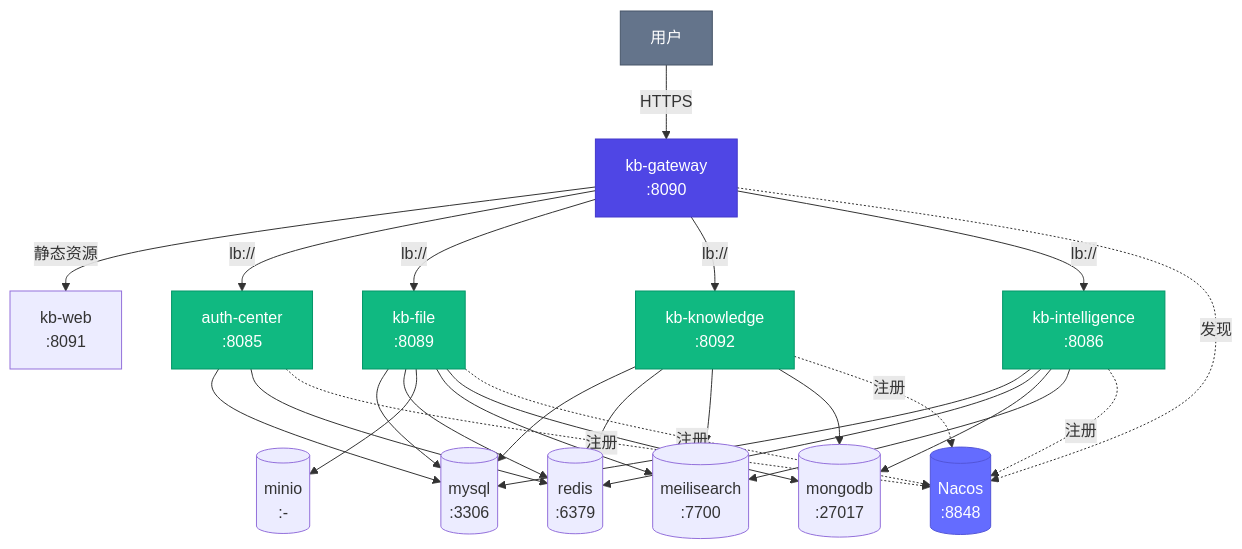
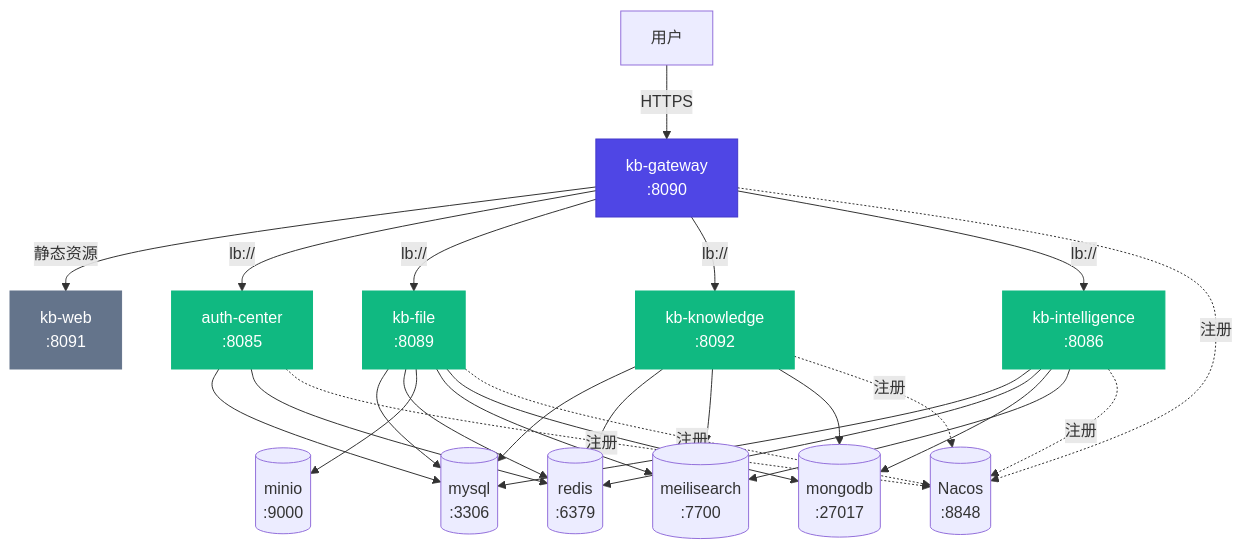
The diagram in mykng/docs/generated/架构图.mmd (jonesAriven/devtools), drawn with Mermaid before and after one commit. The commit also changed other lines of this file and 24 other files, not shown here.

```diff
--- a/mykng/docs/generated/架构图.mmd
+++ b/mykng/docs/generated/架构图.mmd
@@ -1,51 +1,51 @@
 graph TD
 
     %% ===== 入口层 =====
-    KbWeb[kb-web<br/>:8091]
-    User[用户] -->|HTTPS| Gateway[kb-gateway<br/>:8090]
-    Gateway -->|静态资源| KbWeb
+    User[用户] -->|HTTPS| kbgateway[kb-gateway<br/>:8090]
+    kbgateway -->|静态资源| kbweb[kb-web<br/>:8091]
 
-    %% ===== 期望探针集（nacos-registered: true）=====
-    Gateway -->|lb://| AuthCenter[auth-center<br/>:8085]
-    Gateway -->|lb://| KbFile[kb-file<br/>:8089]
-    Gateway -->|lb://| KbKnowledge[kb-knowledge<br/>:8092]
-    Gateway -->|lb://| KbIntelligence[kb-intelligence<br/>:8086]
+    %% ===== 网关路由（lb://）=====
+    kbgateway -->|lb://| authcenter[auth-center<br/>:8085]
+    kbgateway -->|lb://| kbfile[kb-file<br/>:8089]
+    kbgateway -->|lb://| kbknowledge[kb-knowledge<br/>:8092]
+    kbgateway -->|lb://| kbintelligence[kb-intelligence<br/>:8086]
 
-    Mysql[(mysql<br/>:3306)]
-    Redis[(redis<br/>:6379)]
-    Minio[(minio<br/>:-)]
-    Meilisearch[(meilisearch<br/>:7700)]
-    Mongodb[(mongodb<br/>:27017)]
+    %% ===== 基础设施 =====
+    mysql[(mysql<br/>:3306)]
+    redis[(redis<br/>:6379)]
+    minio[(minio<br/>:9000)]
+    meilisearch[(meilisearch<br/>:7700)]
+    mongodb[(mongodb<br/>:27017)]
 
-    AuthCenter --> Mysql
-    AuthCenter --> Redis
-    KbFile --> Mysql
-    KbFile --> Redis
-    KbFile --> Minio
-    KbFile --> Meilisearch
-    KbFile --> Mongodb
-    KbKnowledge --> Mysql
-    KbKnowledge --> Redis
-    KbKnowledge --> Meilisearch
-    KbKnowledge --> Mongodb
-    KbIntelligence --> Mysql
-    KbIntelligence --> Redis
-    KbIntelligence --> Mongodb
-    KbIntelligence --> Meilisearch
+    %% ===== 模块依赖基础设施 =====
+    authcenter --> mysql
+    authcenter --> redis
+    kbfile --> mysql
+    kbfile --> redis
+    kbfile --> minio
+    kbfile --> meilisearch
+    kbfile --> mongodb
+    kbknowledge --> mysql
+    kbknowledge --> redis
+    kbknowledge --> meilisearch
+    kbknowledge --> mongodb
+    kbintelligence --> mysql
+    kbintelligence --> redis
+    kbintelligence --> mongodb
+    kbintelligence --> meilisearch
 
     %% ===== 服务发现 =====
     Nacos[(Nacos<br/>:8848)]
-    AuthCenter -.注册.-> Nacos
-    KbFile -.注册.-> Nacos
-    KbKnowledge -.注册.-> Nacos
-    KbIntelligence -.注册.-> Nacos
-    Gateway -.发现.-> Nacos
+    kbgateway -.注册.-> Nacos
+    authcenter -.注册.-> Nacos
+    kbfile -.注册.-> Nacos
+    kbknowledge -.注册.-> Nacos
+    kbintelligence -.注册.-> Nacos
 
     %% ===== 样式 =====
-    style Gateway fill:#4f46e5,color:#fff,stroke:#4338ca
-    style User fill:#64748b,color:#fff,stroke:#475569
-    style Nacos fill:#646cff,color:#fff,stroke:#5355d8
-    style AuthCenter fill:#10b981,color:#fff,stroke:#059669
-    style KbFile fill:#10b981,color:#fff,stroke:#059669
-    style KbKnowledge fill:#10b981,color:#fff,stroke:#059669
-    style KbIntelligence fill:#10b981,color:#fff,stroke:#059669
+    style kbgateway fill:#4f46e5,color:#fff,stroke:#4338ca
+    style authcenter fill:#10b981,color:#fff,stroke:#10b981
+    style kbfile fill:#10b981,color:#fff,stroke:#10b981
+    style kbknowledge fill:#10b981,color:#fff,stroke:#10b981
+    style kbintelligence fill:#10b981,color:#fff,stroke:#10b981
+    style kbweb fill:#64748b,color:#fff,stroke:#64748b
```
